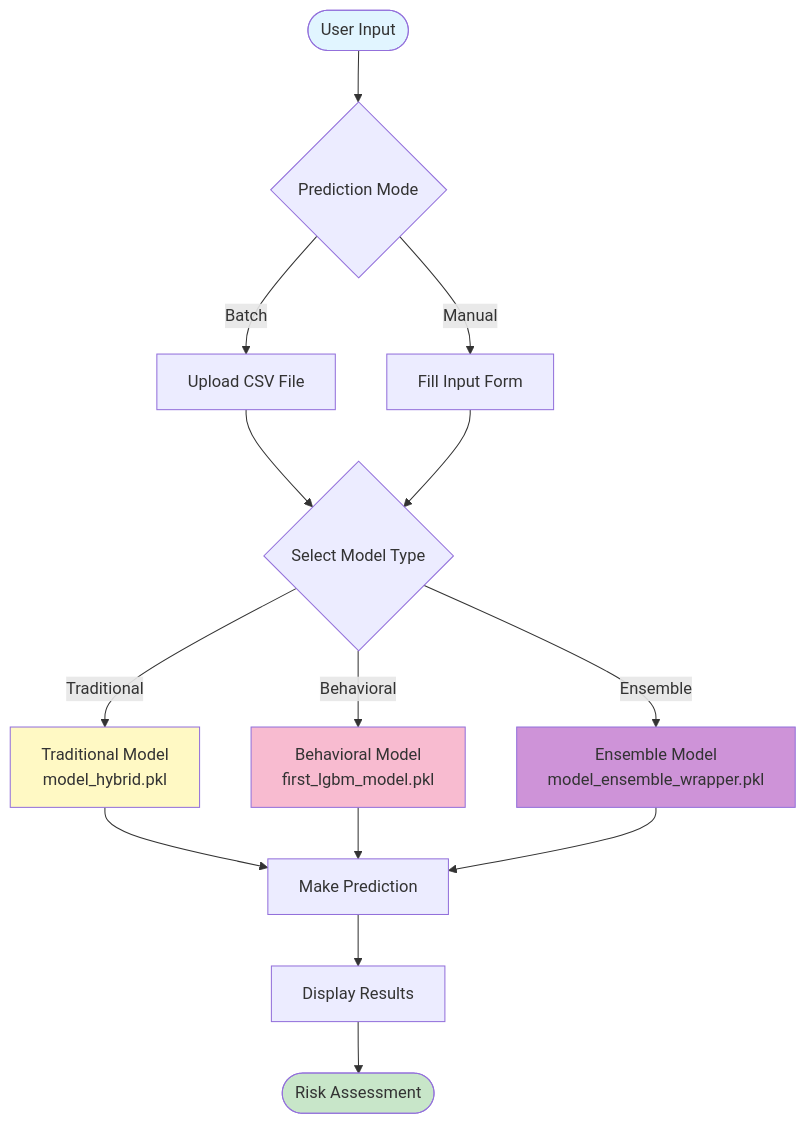
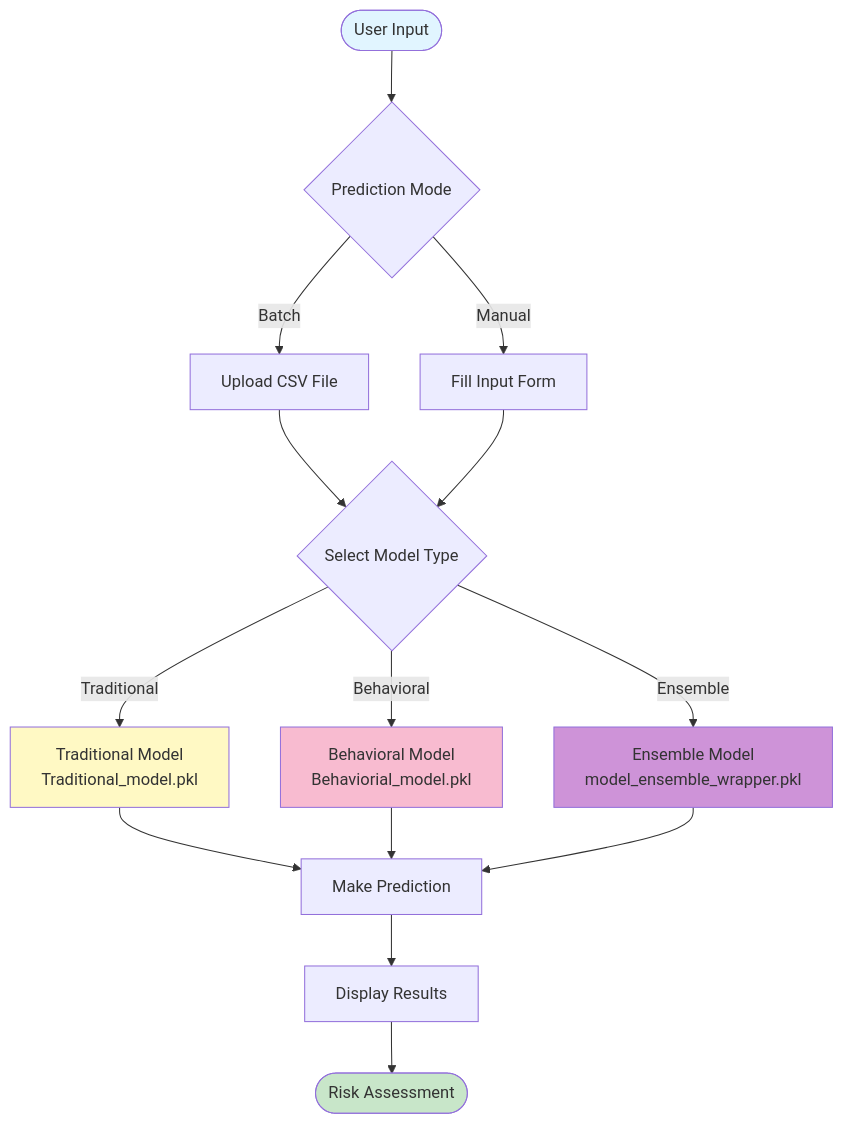
The first of 22 diagrams in MODEL_ARCHITECTURE_FLOWCHART.md (walterzenia/A-smart-Loan-default-hybrid-system), drawn with Mermaid before and after one commit. The commit also changed other lines of this file and 30 other files, not shown here.

````diff
--- a/MODEL_ARCHITECTURE_FLOWCHART.md
+++ b/MODEL_ARCHITECTURE_FLOWCHART.md
@@ -7,26 +7,26 @@
 ```mermaid
 graph TB
     Start([User Input]) --> Choice{Prediction Mode}
     Choice -->|Batch| CSV[Upload CSV File]
     Choice -->|Manual| Form[Fill Input Form]
 
     CSV --> ModelSelect{Select Model Type}
     Form --> ModelSelect
 
-    ModelSelect -->|Traditional| TradModel[Traditional Model<br/>model_hybrid.pkl]
-    ModelSelect -->|Behavioral| BehavModel[Behavioral Model<br/>first_lgbm_model.pkl]
+    ModelSelect -->|Traditional| TradModel[Traditional Model<br/>Traditional_model.pkl]
+    ModelSelect -->|Behavioral| BehavModel[Behavioral Model<br/>Behaviorial_model.pkl]
     ModelSelect -->|Ensemble| EnsModel[Ensemble Model<br/>model_ensemble_wrapper.pkl]
 
     TradModel --> Predict[Make Prediction]
     BehavModel --> Predict
     EnsModel --> Predict
 
     Predict --> Results[Display Results]
     Results --> End([Risk Assessment])
 
     style Start fill:#e1f5ff
     style End fill:#c8e6c9
     style TradModel fill:#fff9c4
     style BehavModel fill:#f8bbd0
     style EnsModel fill:#ce93d8
 ```
````
